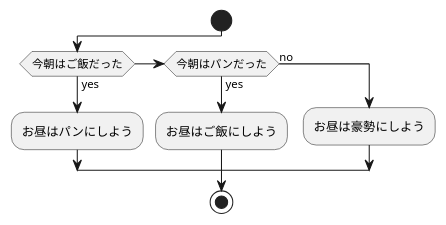
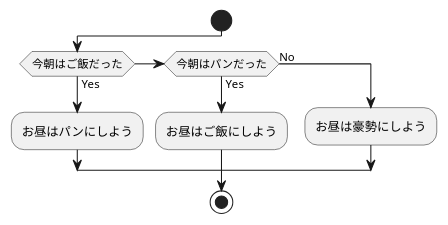
One commit to Aso2001210/2021sys-design changed the diagram in Kadai3-3.md. Above: the diagram before and after it, drawn with PlantUML.

````diff
--- a/Kadai3-3.md
+++ b/Kadai3-3.md
@@ -1,13 +1,13 @@
 ```uml
 @startuml
 start
-if (今朝はご飯だった) then (yes)
+if (今朝はご飯だった) then (Yes)
   :お昼はパンにしよう;
-elseif (今朝はパンだった) then (yes)
+elseif (今朝はパンだった) then (Yes)
   :お昼はご飯にしよう;
-else (no)
+else (No)
   :お昼は豪勢にしよう;
 endif
 stop
 @enduml
 ```
````
